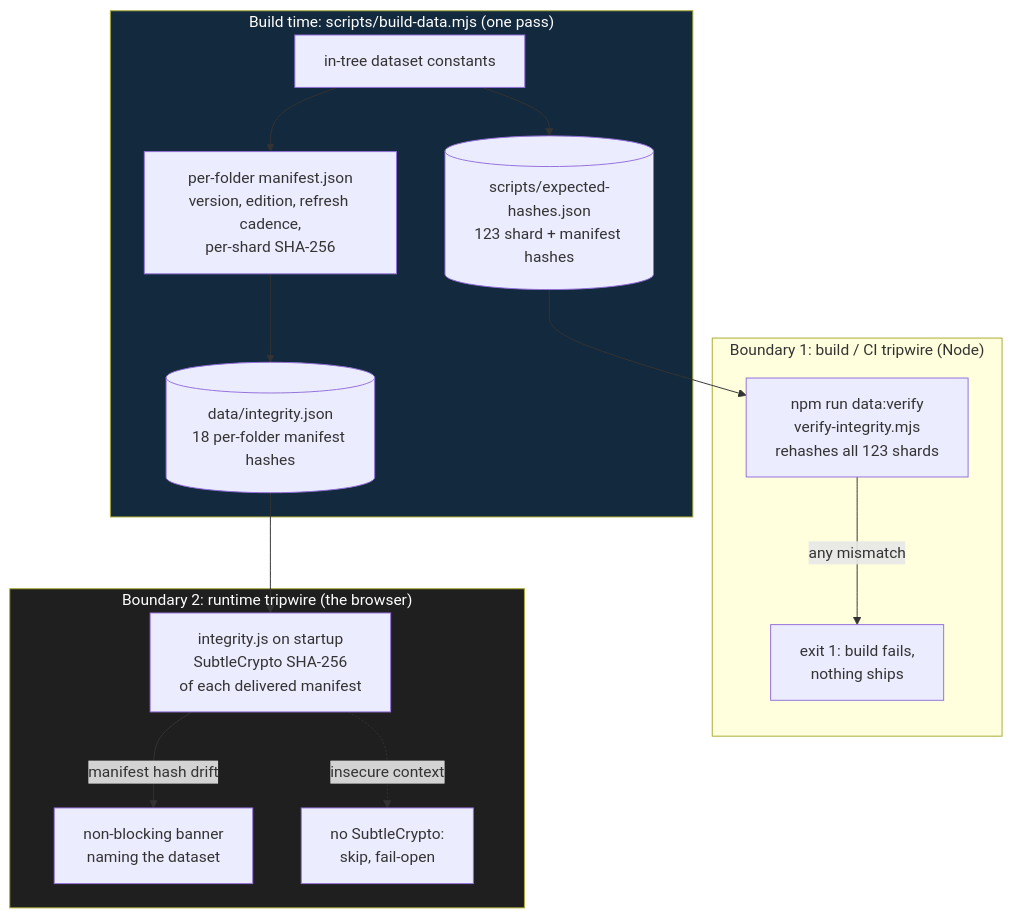
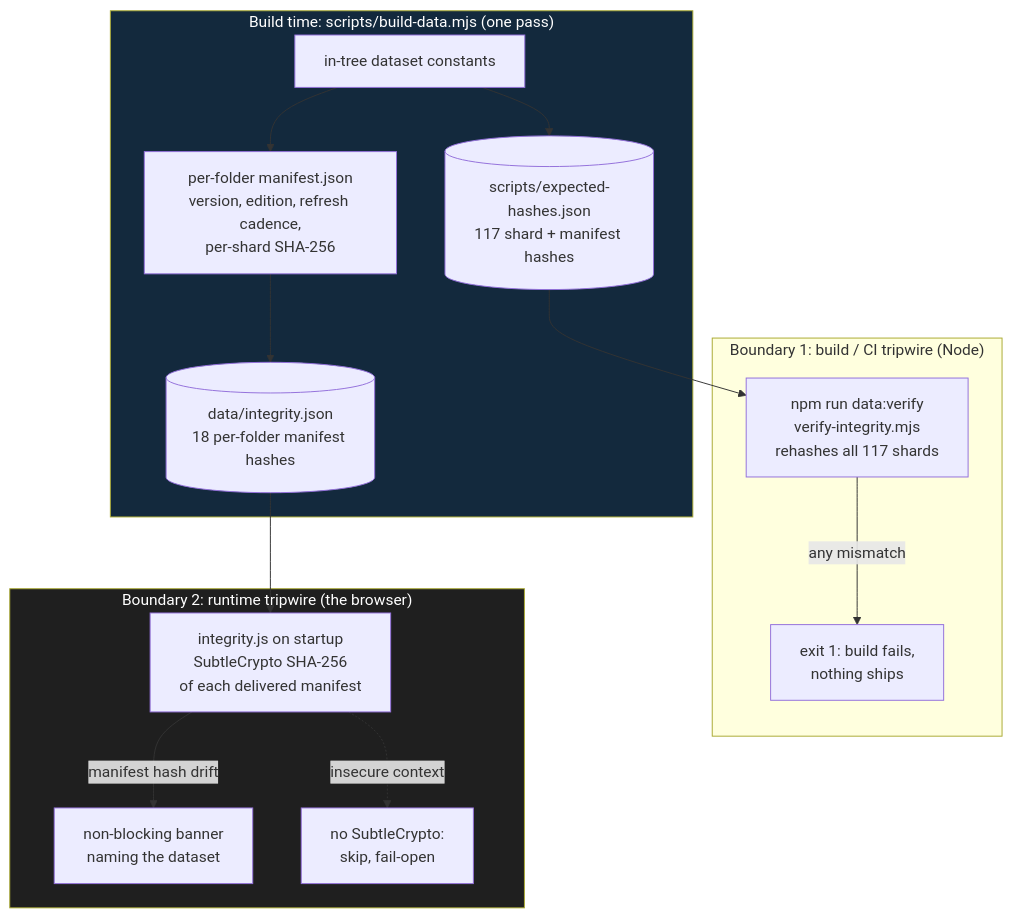
Before and after one commit to clay-good/roughlogic.com: the fourth of 8 diagrams in README.md, drawn with Mermaid. The commit also changed other lines of this file and 1 other file, not shown here.

First paragraph of the commit message:
docs: resync post-v107 ungated drift -- shard hashes 123->117, app.js ~72->~70 KB; drop dead calc-legal test comment
Hand-resync of ungated current-state figures the v107 cut moved but no
gate anchors:

````diff
--- a/README.md
+++ b/README.md
@@ -163,25 +163,25 @@
 ```mermaid
 flowchart TB
     subgraph BUILD["Build time: scripts/build-data.mjs (one pass)"]
         SRC[in-tree dataset constants]
         SRC --> MAN["per-folder manifest.json\nversion, edition, refresh cadence,\nper-shard SHA-256"]
-        SRC --> EXP[("scripts/expected-hashes.json\n123 shard + manifest hashes")]
+        SRC --> EXP[("scripts/expected-hashes.json\n117 shard + manifest hashes")]
         MAN --> SIDE[("data/integrity.json\n18 per-folder manifest hashes")]
     end
     subgraph CI["Boundary 1: build / CI tripwire (Node)"]
-        VER["npm run data:verify\nverify-integrity.mjs\nrehashes all 123 shards"]
+        VER["npm run data:verify\nverify-integrity.mjs\nrehashes all 117 shards"]
         FAIL["exit 1: build fails,\nnothing ships"]
         EXP --> VER
         VER -->|any mismatch| FAIL
     end
     subgraph RUNTIME["Boundary 2: runtime tripwire (the browser)"]
         IJS["integrity.js on startup\nSubtleCrypto SHA-256\nof each delivered manifest"]
         BAN["non-blocking banner\nnaming the dataset"]
         SKIP[no SubtleCrypto:\nskip, fail-open]
         SIDE --> IJS
         IJS -->|manifest hash drift| BAN
         IJS -.insecure context.-> SKIP
     end
     style BUILD fill:#13293d,color:#fff
     style RUNTIME fill:#1f1f1f,color:#fff
 ```
````
